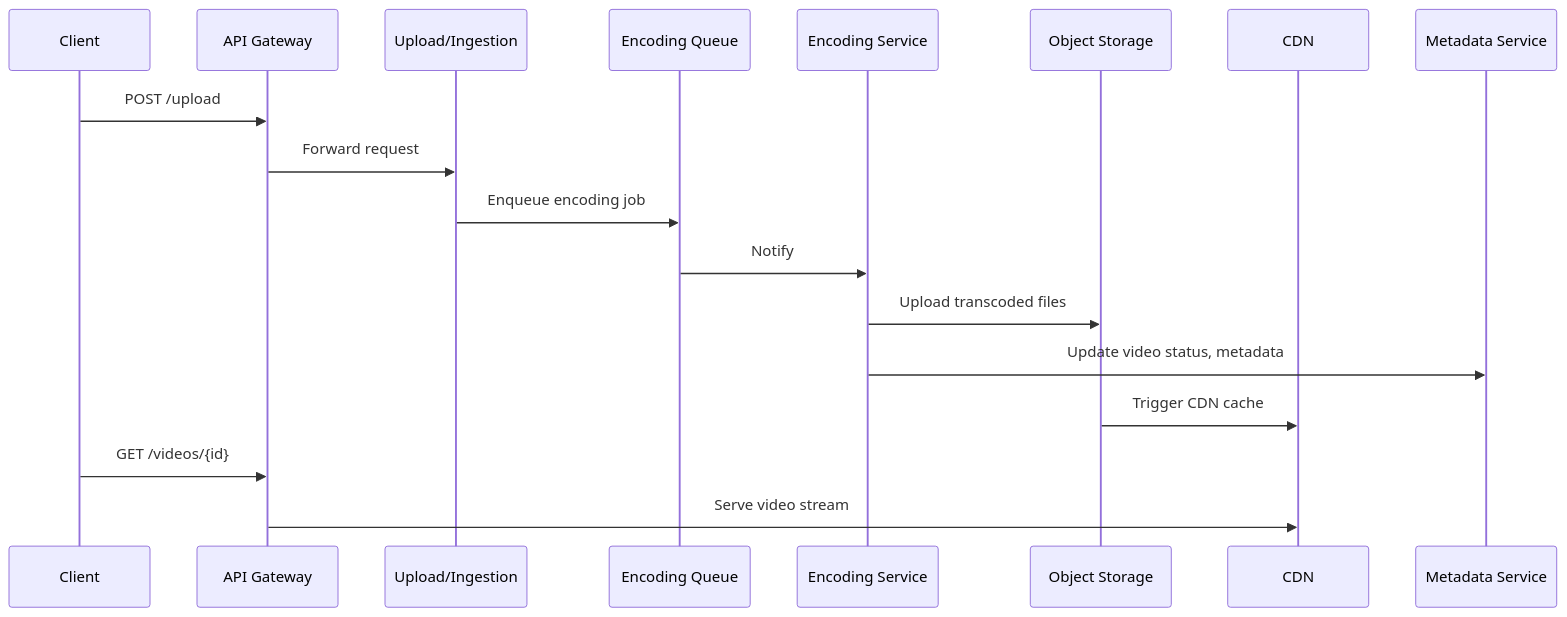
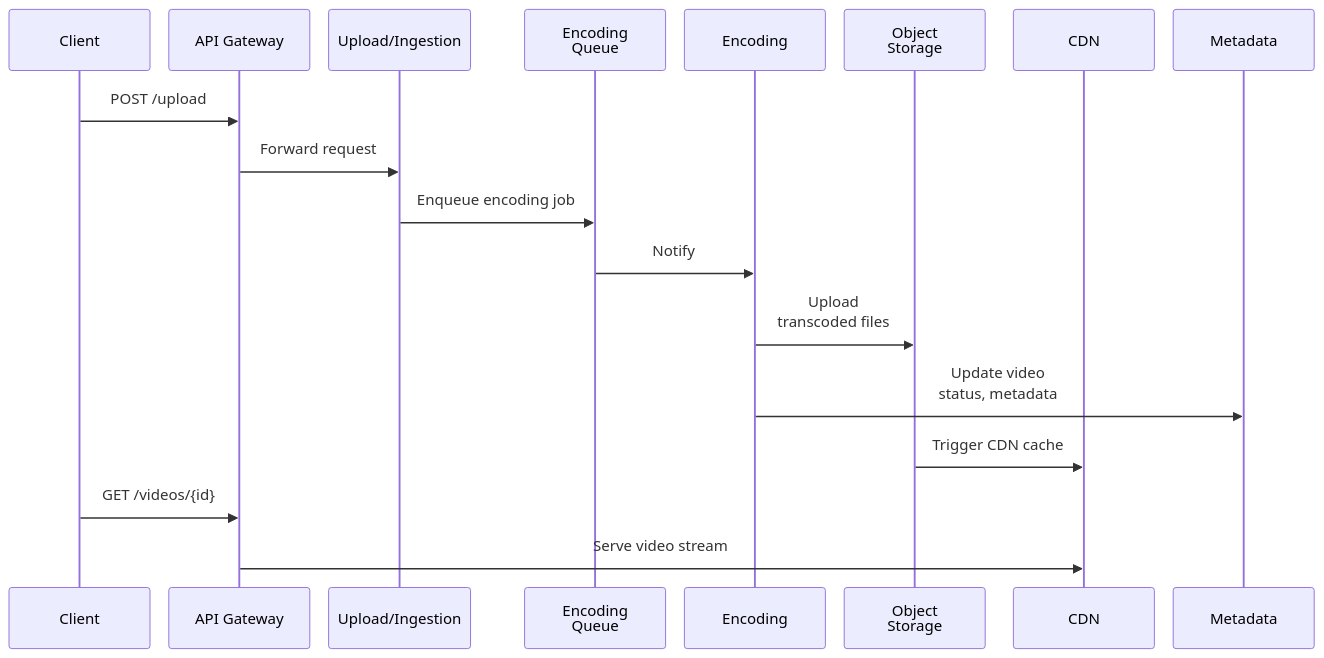
One commit to Charikshith/Guide changed the fifth of 5 diagrams in volumes/volume-4-high-level-design/ch46-library-24-video-sharing-youtube.md. Above: the diagram before and after it, drawn with Mermaid. The commit also changed other lines of this file and 64 other files, not shown here.

Commit message:
Guide: fit wide diagrams on the page (grow into the free right margin, smaller minimum scale), redraw 33 long flowcharts in the other direction, tighten five wide sequence diagrams

````diff
--- a/volumes/volume-4-high-level-design/ch46-library-24-video-sharing-youtube.md
+++ b/volumes/volume-4-high-level-design/ch46-library-24-video-sharing-youtube.md
@@ -297,21 +298,22 @@
 ```mermaid
+%%{init: {"sequence": {"actorMargin": 20}}}%%
 sequenceDiagram
     participant Client
     participant APIGW as API Gateway
     participant Upload as Upload/Ingestion
-    participant Queue as Encoding Queue
-    participant Encode as Encoding Service
-    participant Store as Object Storage
+    participant Queue as Encoding<br/>Queue
+    participant Encode as Encoding
+    participant Store as Object<br/>Storage
     participant CDN
-    participant Meta as Metadata Service
+    participant Meta as Metadata
 
     Client->>APIGW: POST /upload
     APIGW->>Upload: Forward request
     Upload->>Queue: Enqueue encoding job
     Queue->>Encode: Notify
-    Encode->>Store: Upload transcoded files
-    Encode->>Meta: Update video status, metadata
+    Encode->>Store: Upload<br/>transcoded files
+    Encode->>Meta: Update video<br/>status, metadata
     Store->>CDN: Trigger CDN cache
     Client->>APIGW: GET /videos/{id}
     APIGW->>CDN: Serve video stream
 ```
````
